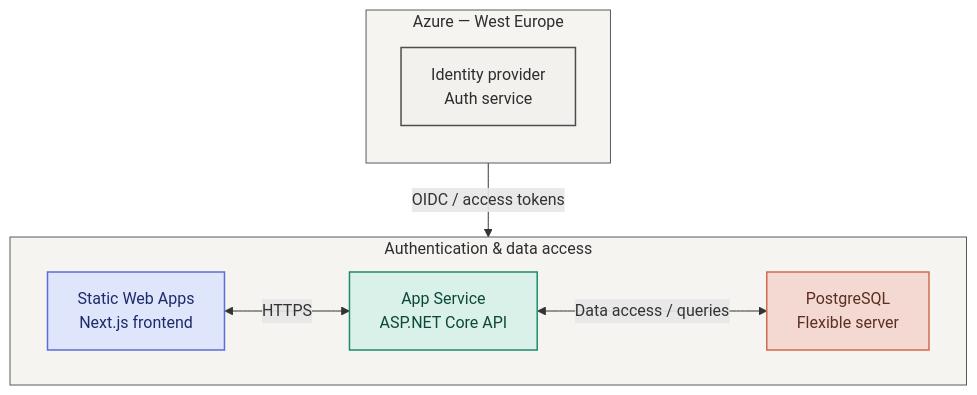
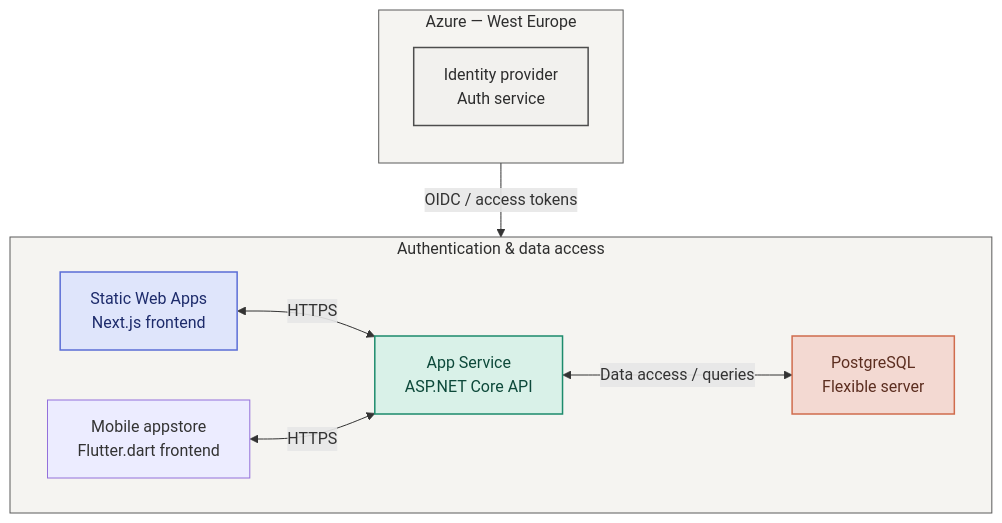
One commit to Acvento/acvento-platform changed the diagram in docs/architecture.md. Above: the diagram before and after it, drawn with Mermaid.

````diff
--- a/docs/architecture.md
+++ b/docs/architecture.md
@@ -5,31 +5,34 @@
 ```mermaid
 flowchart TB
     classDef idp fill:#f2f1ee,stroke:#4d4d4d,stroke-width:1.5px,color:#2d2d2d
     classDef web fill:#dfe5fb,stroke:#5b6ed6,stroke-width:1.5px,color:#1d2b6b
     classDef api fill:#d9f1e8,stroke:#1d8b6c,stroke-width:1.5px,color:#0d493a
     classDef db fill:#f3d9d2,stroke:#d06c4d,stroke-width:1.5px,color:#5c2e20
     classDef region fill:#f5f4f1,stroke:#5a5a5a,stroke-width:1px,color:#2e2e2e
 
     subgraph region["Azure — West Europe"]
         direction TB
         idp["Identity provider<br/>Auth service"]
     end
 
     subgraph trust["Authentication & data access"]
         direction LR
         web["Static Web Apps<br/>Next.js frontend"]
+        app["Mobile appstore<br/>Flutter.dart frontend"]
         api["App Service<br/>ASP.NET Core API"]
         db["PostgreSQL<br/>Flexible server"]
     end
 
     idp -->|OIDC / access tokens| api
     web <-->|HTTPS| api
+    app <-->|HTTPS| api
     api <-->|Data access / queries| db
 
     class idp idp
     class web web
+    class app app
     class api api
     class db db
     class region region
     class trust region
 ```
````
